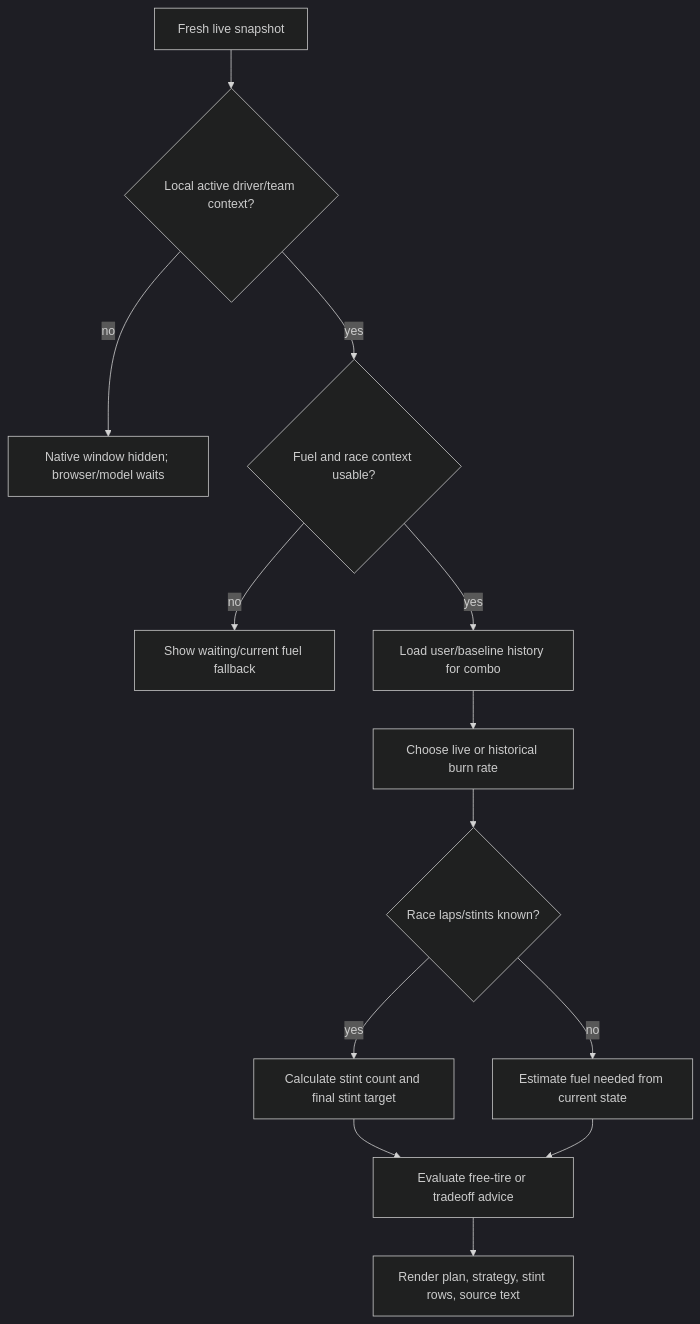
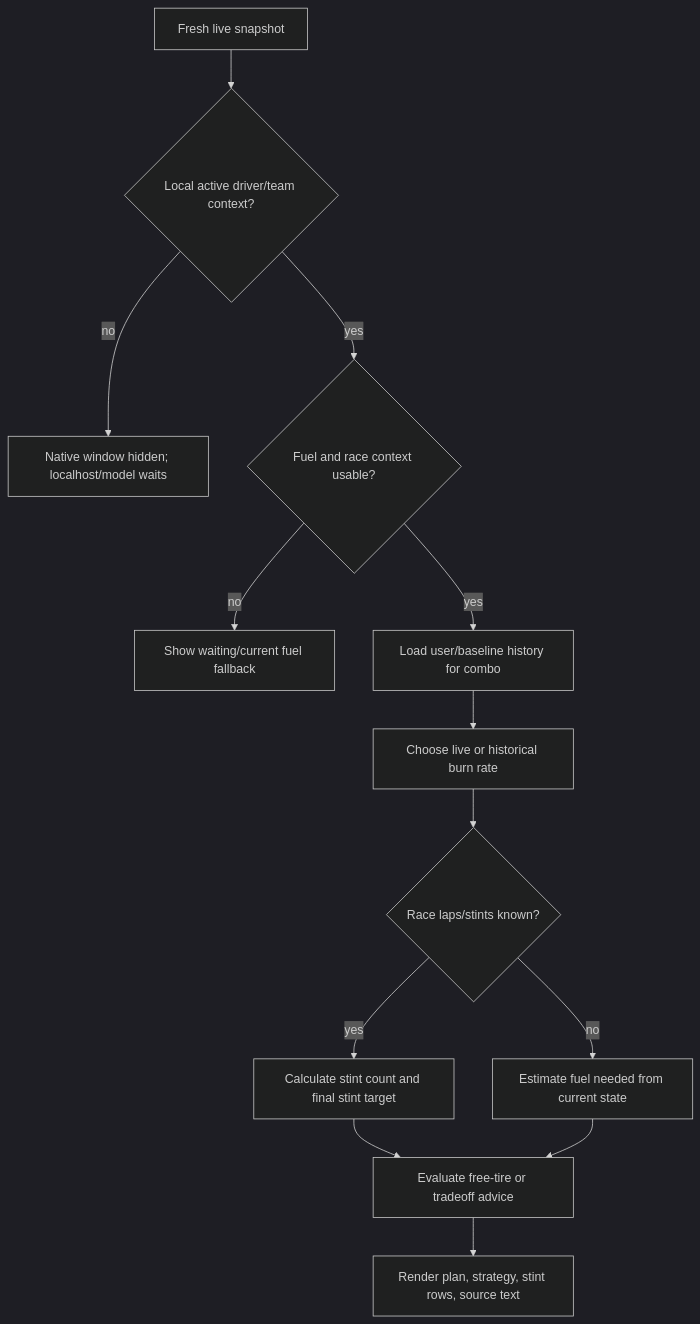
Before and after one commit to Boucher-David/tmrOverlay: the fifth of 16 diagrams in docs/overlay-flow-diagrams.md, drawn with Mermaid (dark theme). The commit also changed other lines of this file and 267 other files, not shown here.

````diff
--- a/docs/overlay-flow-diagrams.md
+++ b/docs/overlay-flow-diagrams.md
@@ -84,15 +84,15 @@
 ```mermaid
 flowchart TD
     Start["Fresh live snapshot"] --> Local{"Local active driver/team context?"}
-    Local -- no --> Hidden["Native window hidden; browser/model waits"]
+    Local -- no --> Hidden["Native window hidden; localhost/model waits"]
     Local -- yes --> Fuel{"Fuel and race context usable?"}
     Fuel -- no --> WaitingFuel["Show waiting/current fuel fallback"]
     Fuel -- yes --> History["Load user/baseline history for combo"]
     History --> Burn["Choose live or historical burn rate"]
     Burn --> Strategy{"Race laps/stints known?"}
     Strategy -- yes --> Plan["Calculate stint count and final stint target"]
     Strategy -- no --> Remaining["Estimate fuel needed from current state"]
     Plan --> Tires["Evaluate free-tire or tradeoff advice"]
     Remaining --> Tires
     Tires --> Render["Render plan, strategy, stint rows, source text"]
 ```
````
